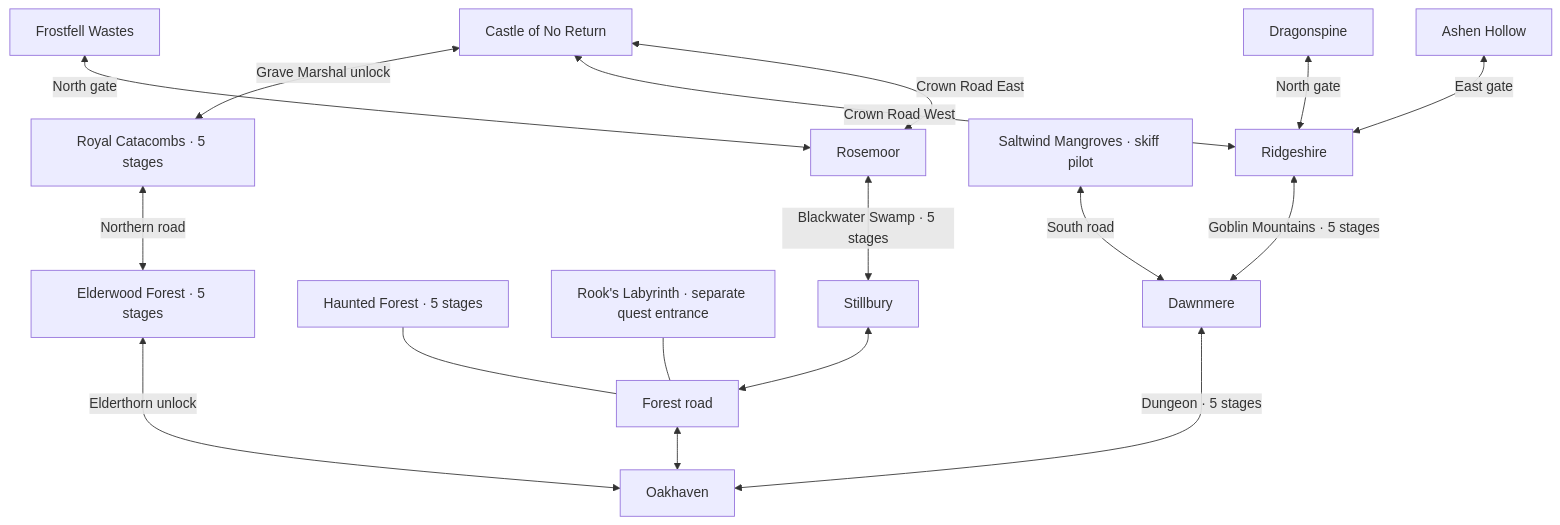
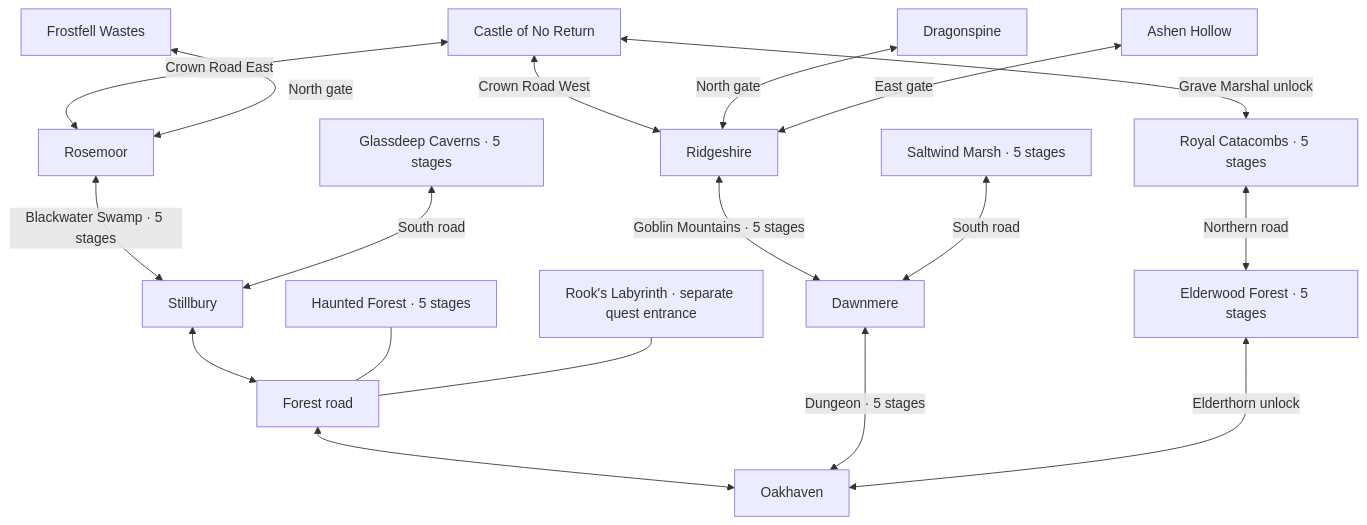
Before and after one commit to christsantiris/c_rpg: the diagram in docs/five-town-expansion.md, drawn with Mermaid. The commit also changed other lines of this file and 67 other files, not shown here.

````diff
--- a/docs/five-town-expansion.md
+++ b/docs/five-town-expansion.md
@@ -10,19 +10,20 @@
 ```mermaid
 flowchart BT
     Oak[Oakhaven] <--> Road[Forest road]
     Road <--> Still[Stillbury]
     Road --- Forest[Haunted Forest · 5 stages]
     Road --- Maze[Rook's Labyrinth · separate quest entrance]
     Still <-->|Blackwater Swamp · 5 stages| Rose[Rosemoor]
     Rose <-->|Crown Road East| Castle[Castle of No Return]
     Oak <-->|Dungeon · 5 stages| Dawn[Dawnmere]
     Dawn <-->|Goblin Mountains · 5 stages| Ridge[Ridgeshire]
-    Dawn <-->|South road| Salt[Saltwind Mangroves · skiff pilot]
+    Dawn <-->|South road| Salt[Saltwind Marsh · 5 stages]
+    Still <-->|South road| Glass[Glassdeep Caverns · 5 stages]
     Ridge <-->|Crown Road West| Castle
     Oak <-->|Elderthorn unlock| Elder[Elderwood Forest · 5 stages]
     Elder <-->|Northern road| Cat[Royal Catacombs · 5 stages]
     Cat <-->|Grave Marshal unlock| Castle
     Rose <-->|North gate| Frost[Frostfell Wastes]
     Ridge <-->|North gate| Dragon[Dragonspine]
     Ridge <-->|East gate| Ashen[Ashen Hollow]
 ```
````
